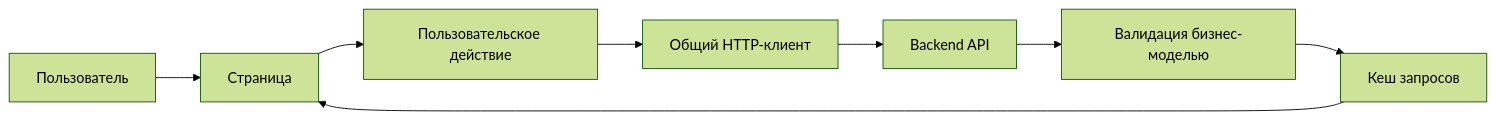
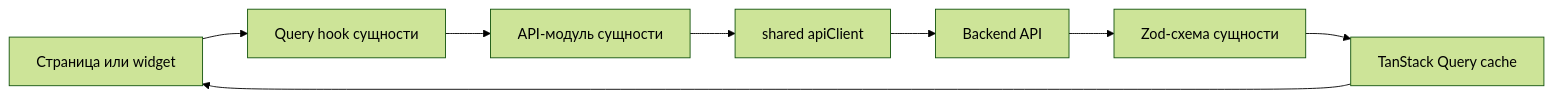
Before and after one commit to Woolfer0097/GoodQueue: the second of 3 diagrams in frontend/README.md, drawn with Mermaid (forest theme). The commit also changed other lines of this file, not shown here.

Commit message:
docs(frontend): refine README setup scenarios and architecture

````diff
--- a/frontend/README.md
+++ b/frontend/README.md
@@ -247,10 +287,10 @@
 ```mermaid
 flowchart LR
-    U[Пользователь] --> P[Страница]
-    P --> F[Пользовательское действие]
-    F --> A[Общий HTTP-клиент]
-    A --> B[Backend API]
-    B --> E[Валидация бизнес-моделью]
-    E --> Q[Кеш запросов]
-    Q --> P
+    P["Страница или widget"] --> Q["Query hook сущности"]
+    Q --> E["API-модуль сущности"]
+    E --> A["shared apiClient"]
+    A --> B["Backend API"]
+    B --> V["Zod-схема сущности"]
+    V --> C["TanStack Query cache"]
+    C --> P
 ```
````
